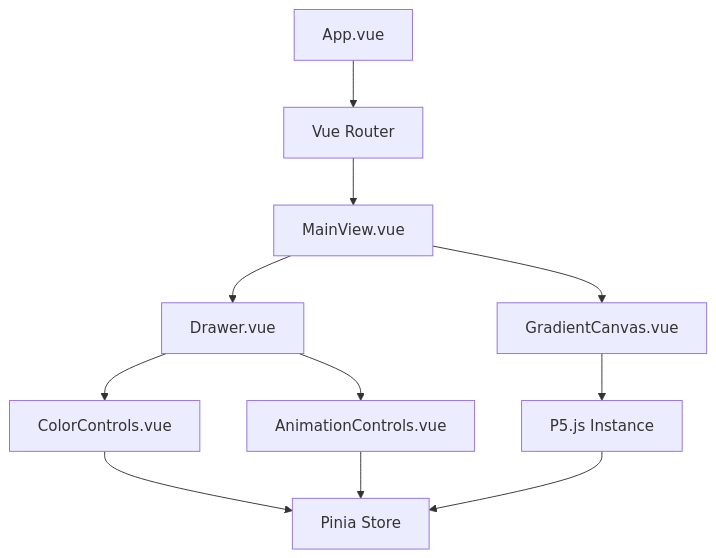
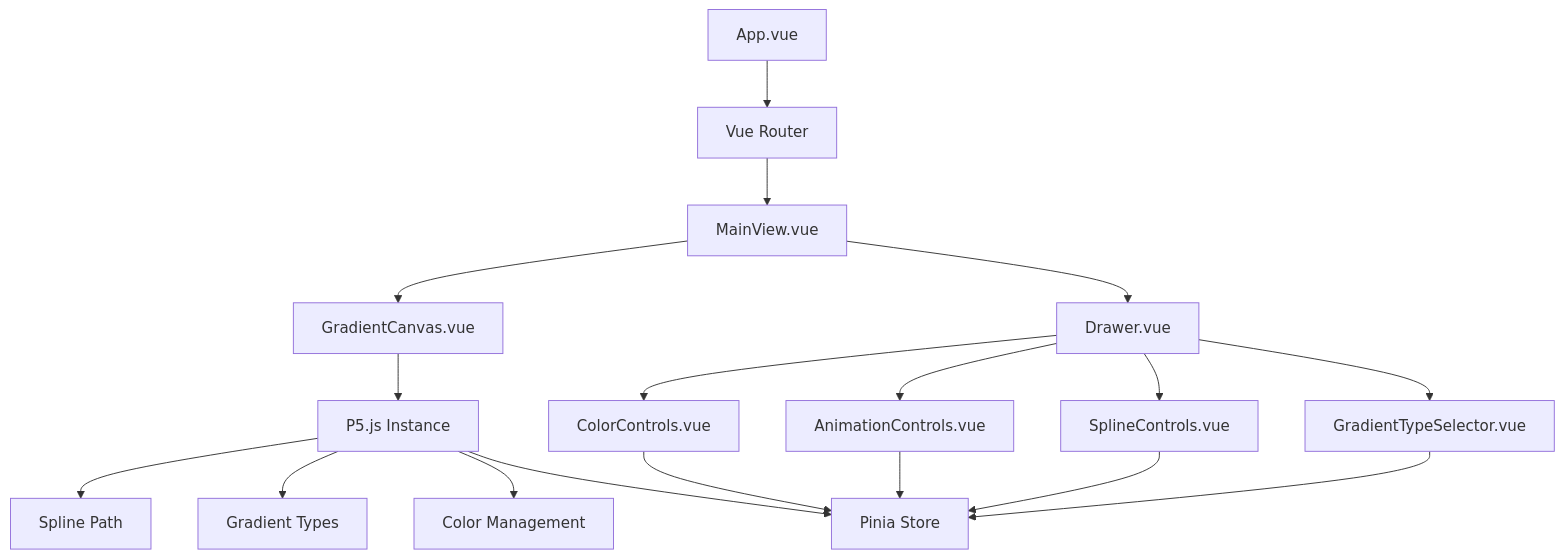
Before and after one commit to sjeibmann/Vue-P5js-Gradient-App: the first of 4 diagrams in cline_docs/systemPatterns.md, drawn with Mermaid. The commit also changed other lines of this file and 3 other files, not shown here.

````diff
--- a/cline_docs/systemPatterns.md
+++ b/cline_docs/systemPatterns.md
@@ -7,15 +7,23 @@
 ```mermaid
 flowchart TD
     App[App.vue] --> Router[Vue Router]
     Router --> MainView[MainView.vue]
     MainView --> GradientCanvas[GradientCanvas.vue]
     MainView --> Drawer[Drawer.vue]
     
     GradientCanvas --> P5Instance[P5.js Instance]
+    P5Instance --> SplinePath[Spline Path]
+    P5Instance --> GradientTypes[Gradient Types]
+    P5Instance --> ColorManagement[Color Management]
+    
     Drawer --> ColorControls[ColorControls.vue]
     Drawer --> AnimationControls[AnimationControls.vue]
+    Drawer --> SplineControls[SplineControls.vue]
+    Drawer --> GradientTypeSelector[GradientTypeSelector.vue]
     
     ColorControls --> Store[Pinia Store]
     AnimationControls --> Store
+    SplineControls --> Store
+    GradientTypeSelector --> Store
     P5Instance --> Store
 ```
````
